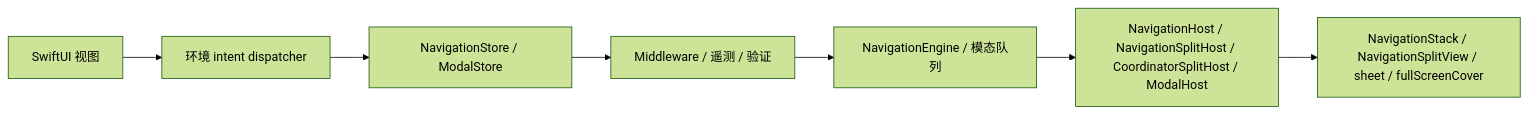
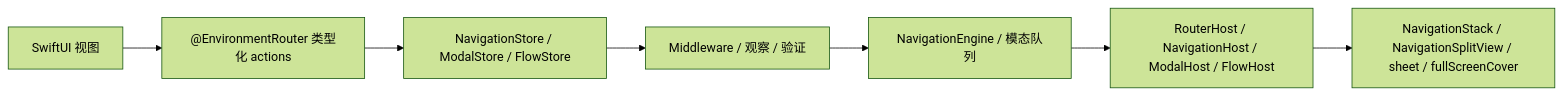
Before and after one commit to InnoSquadCorp/InnoRouter: the first of 2 diagrams in README.zh-Hans.md, drawn with Mermaid (forest theme). The commit also changed other lines of this file and 57 other files, not shown here.

````diff
--- a/README.zh-Hans.md
+++ b/README.zh-Hans.md
@@ -279,9 +279,9 @@
 ```mermaid
 flowchart LR
-    View["SwiftUI 视图"] --> Intent["环境 intent dispatcher"]
-    Intent --> Store["NavigationStore / ModalStore"]
-    Store --> Policy["Middleware / 遥测 / 验证"]
+    View["SwiftUI 视图"] --> Actions["@EnvironmentRouter 类型化 actions"]
+    Actions --> Store["NavigationStore / ModalStore / FlowStore"]
+    Store --> Policy["Middleware / 观察 / 验证"]
     Policy --> Execution["NavigationEngine / 模态队列"]
-    Execution --> Host["NavigationHost / NavigationSplitHost / CoordinatorSplitHost / ModalHost"]
+    Execution --> Host["RouterHost / NavigationHost / ModalHost / FlowHost"]
     Host --> System["NavigationStack / NavigationSplitView / sheet / fullScreenCover"]
 ```
````
